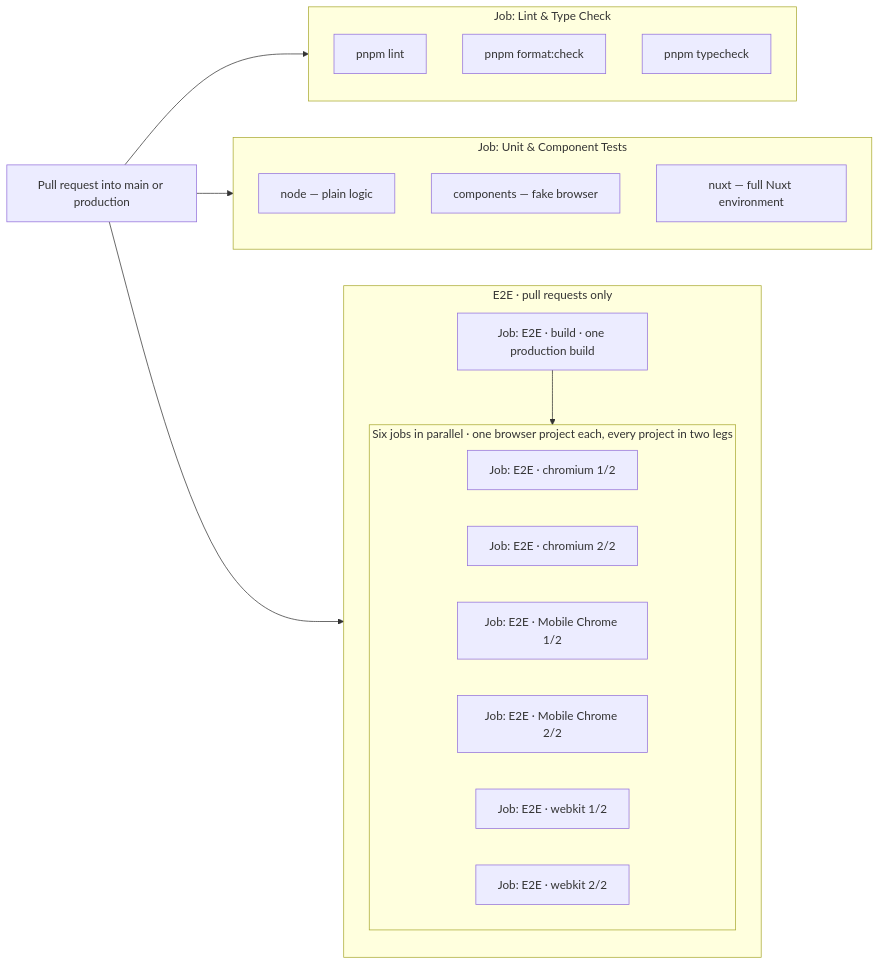
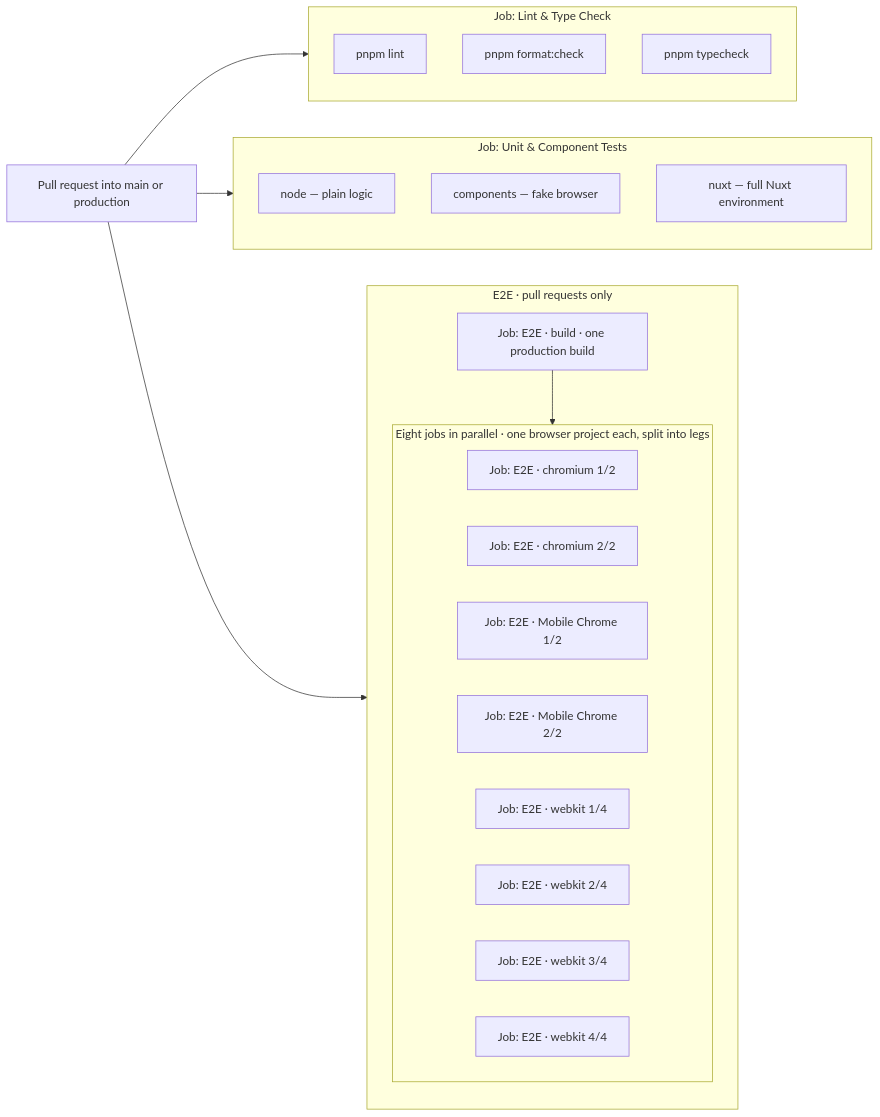
Before and after one commit to geins-io/sales-portal: the first of 6 diagrams in docs/test-layers.md, drawn with Mermaid. The commit also changed other lines of this file and 2 other files, not shown here.

Commit message:
ci(e2e): run webkit as four legs

````diff
--- a/docs/test-layers.md
+++ b/docs/test-layers.md
@@ -14,37 +14,39 @@
 ```mermaid
 flowchart LR
     PR["Pull request into main or production"] --> LINT
     PR --> UNIT
     PR --> E2E
 
     subgraph LINT["Job: Lint &amp; Type Check"]
         direction TB
         L1["pnpm lint"]
         L2["pnpm format:check"]
         L3["pnpm typecheck"]
     end
 
     subgraph UNIT["Job: Unit &amp; Component Tests"]
         direction TB
         U1["node — plain logic"]
         U2["components — fake browser"]
         U3["nuxt — full Nuxt environment"]
     end
 
     subgraph E2E["E2E · pull requests only"]
         direction TB
         BUILD["Job: E2E · build · one production build"]
 
-        subgraph LEGS["Six jobs in parallel · one browser project each, every project in two legs"]
+        subgraph LEGS["Eight jobs in parallel · one browser project each, split into legs"]
             direction LR
             B1["Job: E2E · chromium 1/2"]
             B2["Job: E2E · chromium 2/2"]
             B3["Job: E2E · Mobile Chrome 1/2"]
             B4["Job: E2E · Mobile Chrome 2/2"]
-            B5["Job: E2E · webkit 1/2"]
-            B6["Job: E2E · webkit 2/2"]
+            B5["Job: E2E · webkit 1/4"]
+            B6["Job: E2E · webkit 2/4"]
+            B7["Job: E2E · webkit 3/4"]
+            B8["Job: E2E · webkit 4/4"]
         end
 
         BUILD --> LEGS
     end
 ```
````
